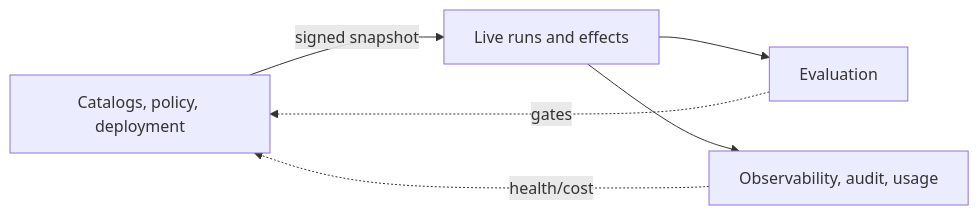
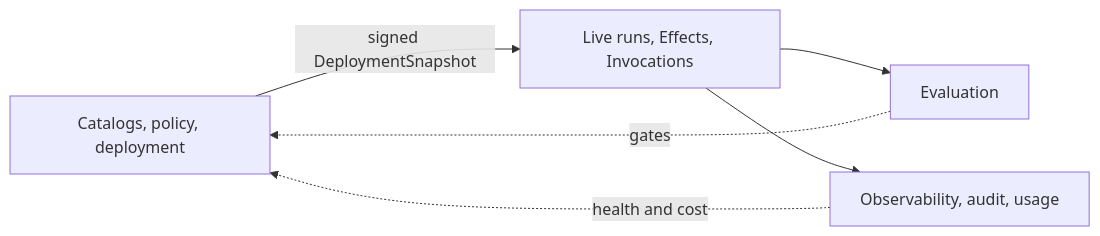
The sixth of 15 diagrams in diagrams/index.mdx (thaithienvanid/agentic-reference-architecture), drawn with Mermaid before and after one commit. The commit also changed other lines of this file, not shown here.

Commit message:
align diagram pack with canonical documentation and runtime model

````diff
--- a/diagrams/index.mdx
+++ b/diagrams/index.mdx
@@ -84,8 +89,8 @@
 ```mermaid
 flowchart LR
-  Control["Catalogs, policy, deployment"] -->|signed snapshot| Execution["Live runs and effects"]
+  Control["Catalogs, policy, deployment"] -->|signed DeploymentSnapshot| Execution["Live runs, Effects, Invocations"]
   Execution --> Evaluation
   Execution --> Evidence["Observability, audit, usage"]
   Evaluation -. gates .-> Control
-  Evidence -. health/cost .-> Control
+  Evidence -. health and cost .-> Control
 ```
````
